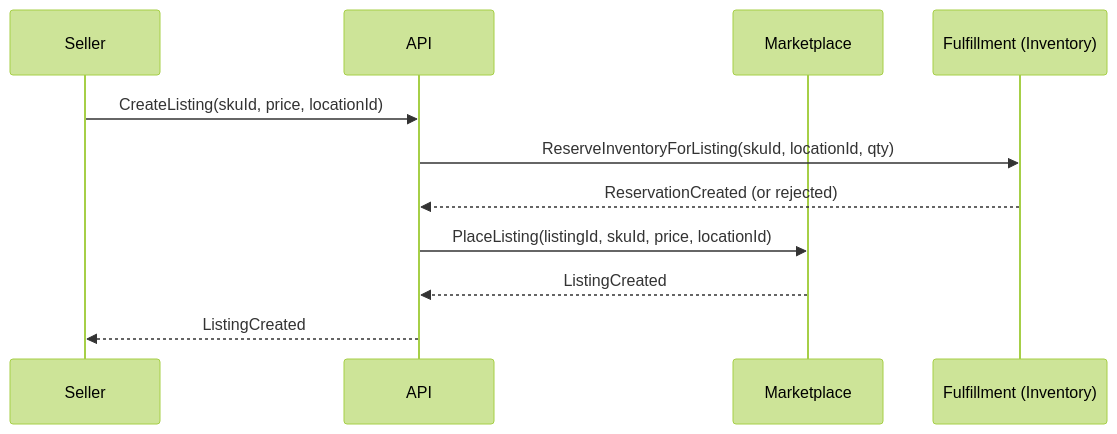
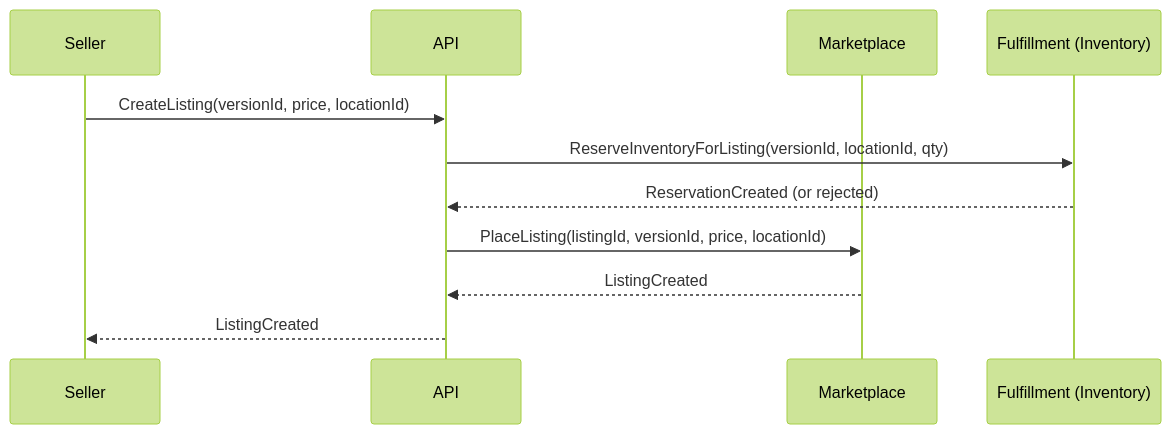
One commit to todd-skelton/chase-sets changed the second of 7 diagrams in artifacts/18-mvp-workflows-and-event-flows.md. Above: the diagram before and after it, drawn with Mermaid (forest theme). The commit also changed other lines of this file and 17 other files, not shown here.

Commit message:
docs: replace SKU terminology with version IDs

````diff
--- a/artifacts/18-mvp-workflows-and-event-flows.md
+++ b/artifacts/18-mvp-workflows-and-event-flows.md
@@ -75,14 +75,14 @@
 ```mermaid
 sequenceDiagram
   participant S as Seller
   participant API as API
   participant M as Marketplace
   participant F as Fulfillment (Inventory)
 
-  S->>API: CreateListing(skuId, price, locationId)
-  API->>F: ReserveInventoryForListing(skuId, locationId, qty)
+  S->>API: CreateListing(versionId, price, locationId)
+  API->>F: ReserveInventoryForListing(versionId, locationId, qty)
   F-->>API: ReservationCreated (or rejected)
-  API->>M: PlaceListing(listingId, skuId, price, locationId)
+  API->>M: PlaceListing(listingId, versionId, price, locationId)
   M-->>API: ListingCreated
   API-->>S: ListingCreated
 ```
````
